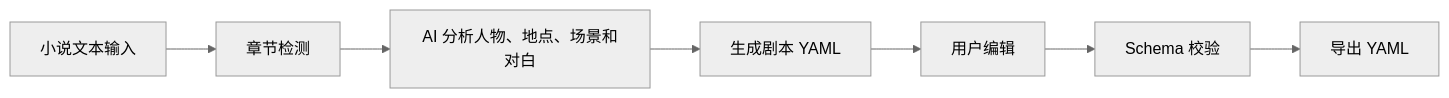
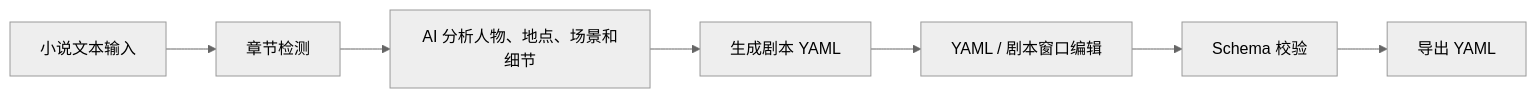
The diagram in README.md (maybebebee/Novel2Script), drawn with Mermaid (neutral theme) before and after one commit. The commit also changed other lines of this file and 10 other files, not shown here.

Commit message:
Upgrade detailed script schema and editor sync

````diff
--- a/README.md
+++ b/README.md
@@ -73,9 +65,9 @@
 ```mermaid
 flowchart LR
   A["小说文本输入"] --> B["章节检测"]
-  B --> C["AI 分析人物、地点、场景和对白"]
+  B --> C["AI 分析人物、地点、场景和细节"]
   C --> D["生成剧本 YAML"]
-  D --> E["用户编辑"]
+  D --> E["YAML / 剧本窗口编辑"]
   E --> F["Schema 校验"]
   F --> G["导出 YAML"]
 ```
````
